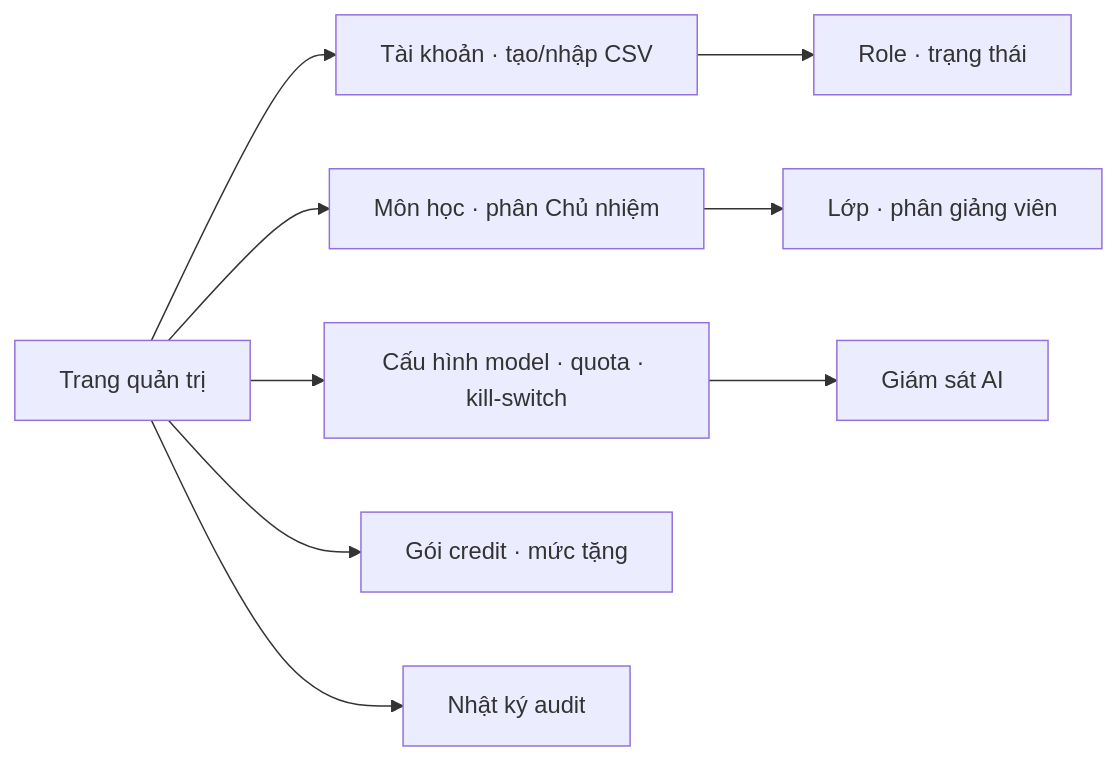
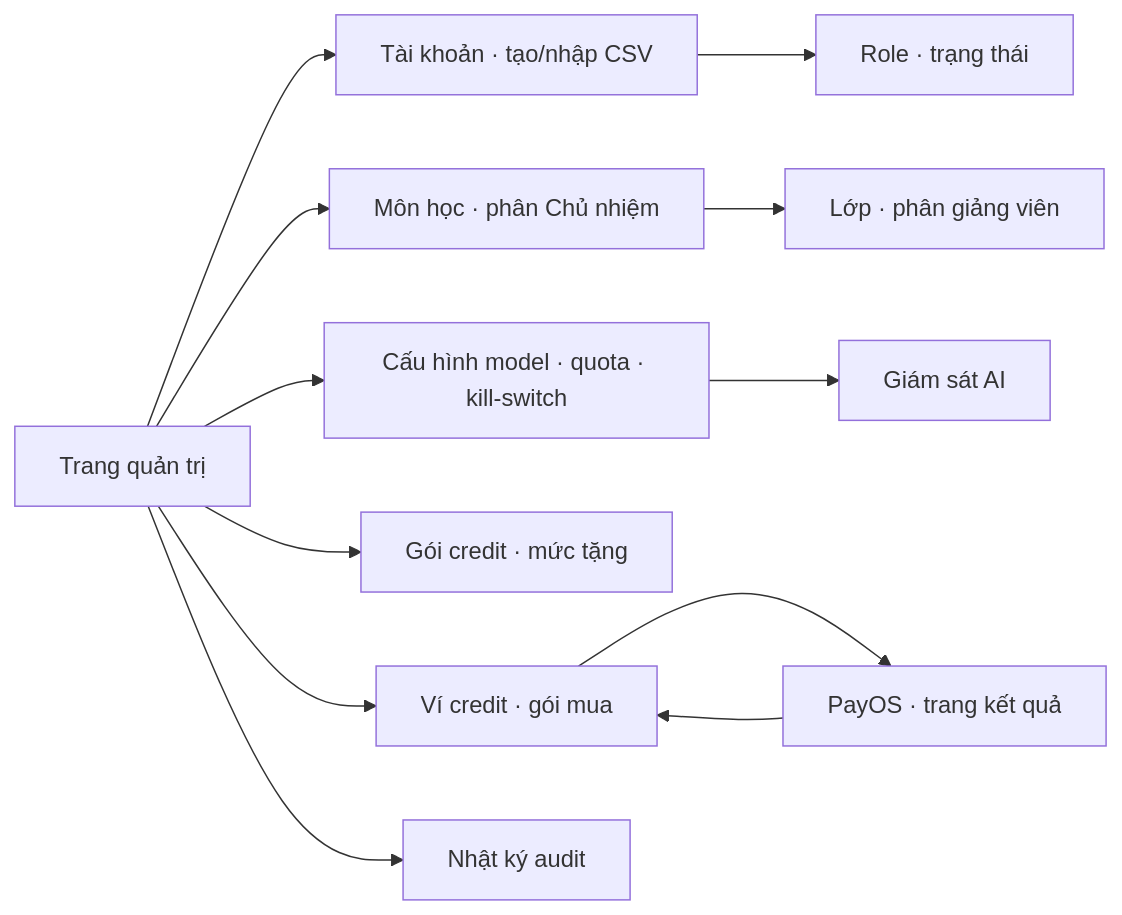
Before and after one commit to hygef-v4/AI-Powered-Learning-Platform: the third of 3 diagrams in docs/screen-flow.md, drawn with Mermaid. The commit also changed other lines of this file and 27 other files, not shown here.

````diff
--- a/docs/screen-flow.md
+++ b/docs/screen-flow.md
@@ -100,17 +100,20 @@
 ```mermaid
 flowchart LR
     admin["Trang quản trị"]
     accounts["Tài khoản · tạo/nhập CSV"]
     accountDetail["Role · trạng thái"]
     subjects["Môn học · phân Chủ nhiệm"]
     classes["Lớp · phân giảng viên"]
     ai["Cấu hình model · quota · kill-switch"]
     usage["Giám sát AI"]
     packages["Gói credit · mức tặng"]
+    credits["Ví credit · gói mua"]
+    payment["PayOS · trang kết quả"]
     audit["Nhật ký audit"]
     admin --> accounts --> accountDetail
     admin --> subjects --> classes
     admin --> ai --> usage
     admin --> packages
+    admin --> credits --> payment --> credits
     admin --> audit
 ```
````
